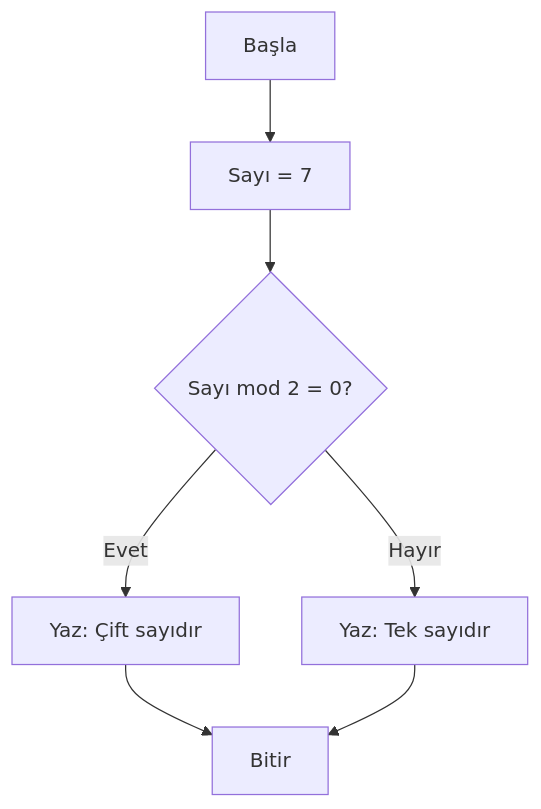
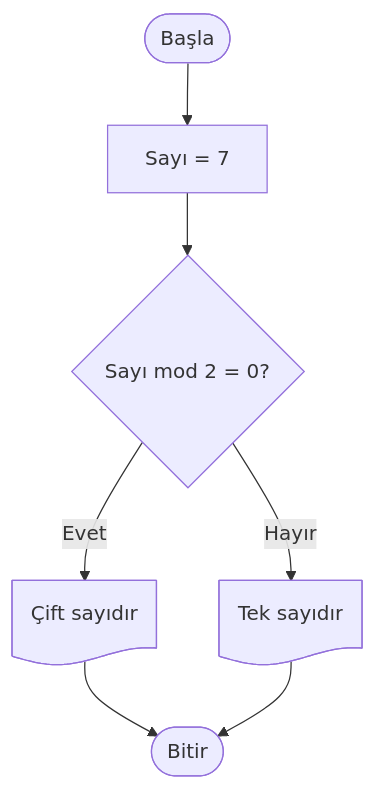
One commit to abdullatifkaban/Algorithm changed the fifth of 6 diagrams in Topics/01-What-Is-Algorithm.md. Above: the diagram before and after it, drawn with Mermaid. The commit also changed other lines of this file and 23 other files, not shown here.

````diff
--- a/Topics/01-What-Is-Algorithm.md
+++ b/Topics/01-What-Is-Algorithm.md
@@ -234,9 +185,9 @@
 ```mermaid
 flowchart TD
-    A[Başla] --> B[Sayı = 7]
+    A([Başla]) --> B[Sayı = 7]
     B --> C{Sayı mod 2 = 0?}
-    C -->|Evet| D[Yaz: Çift sayıdır]
-    C -->|Hayır| E[Yaz: Tek sayıdır]
-    D --> F[Bitir]
+    C -->|Evet| D@{ shape: doc, label: "Çift sayıdır" }
+    C -->|Hayır| E@{ shape: doc, label: "Tek sayıdır" }
+    D --> F([Bitir])
     E --> F
 ```
````
